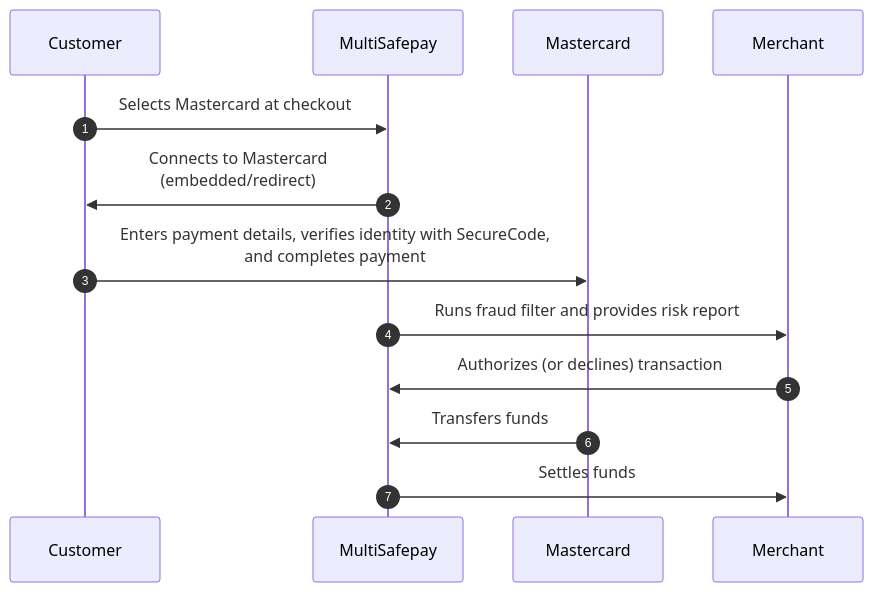
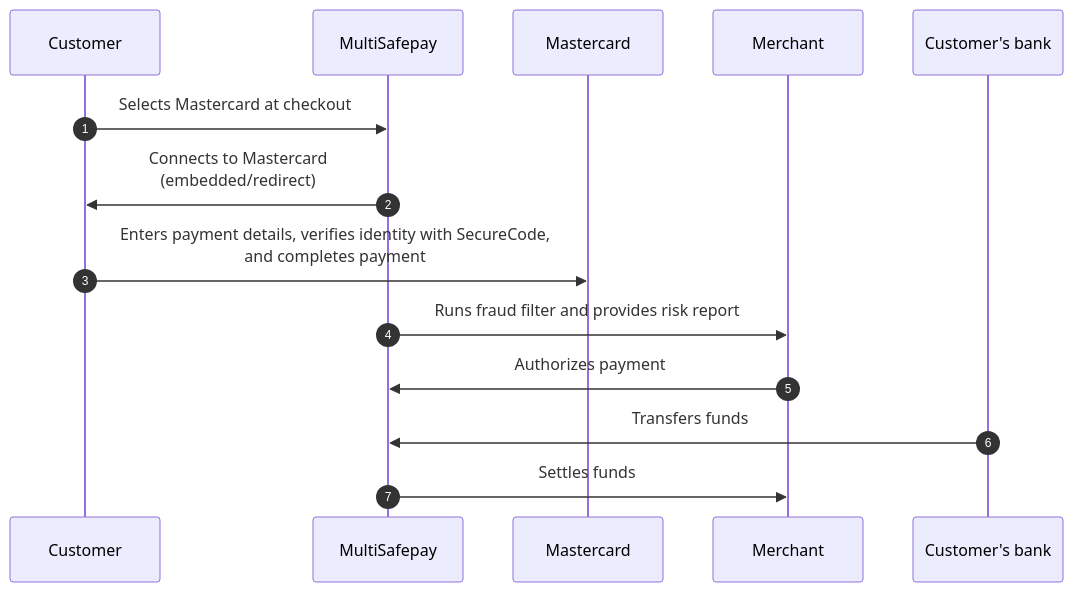
The diagram in content/payments/methods/credit-and-debit-cards/mastercard/payment-flow.md (MultiSafepay/docs), drawn with Mermaid before and after one commit. The commit also changed other lines of this file and 37 other files, not shown here.

```diff
--- a/content/payments/methods/credit-and-debit-cards/mastercard/payment-flow.md
+++ b/content/payments/methods/credit-and-debit-cards/mastercard/payment-flow.md
@@ -14,19 +14,20 @@
 {{< mermaid class="text-center" >}}
 
 sequenceDiagram
     autonumber
     participant C as Customer
     participant Mu as MultiSafepay
     participant Ma as Mastercard
     participant Me as Merchant
+    participant CB as Customer's bank
 
     C->>Mu: Selects Mastercard at checkout
     Mu->>C: Connects to Mastercard <br> (embedded/redirect)
     C->>Ma: Enters payment details, verifies identity with SecureCode, <br> and completes payment
     Mu->>Me: Runs fraud filter and provides risk report
-    Me->>Mu: Authorizes (or declines) transaction
-    Ma->>Mu: Transfers funds 
+    Me->>Mu: Authorizes payment
+    CB->>Mu: Transfers funds 
     Mu->>Me: Settles funds
        
 
 {{< /mermaid >}}
```
